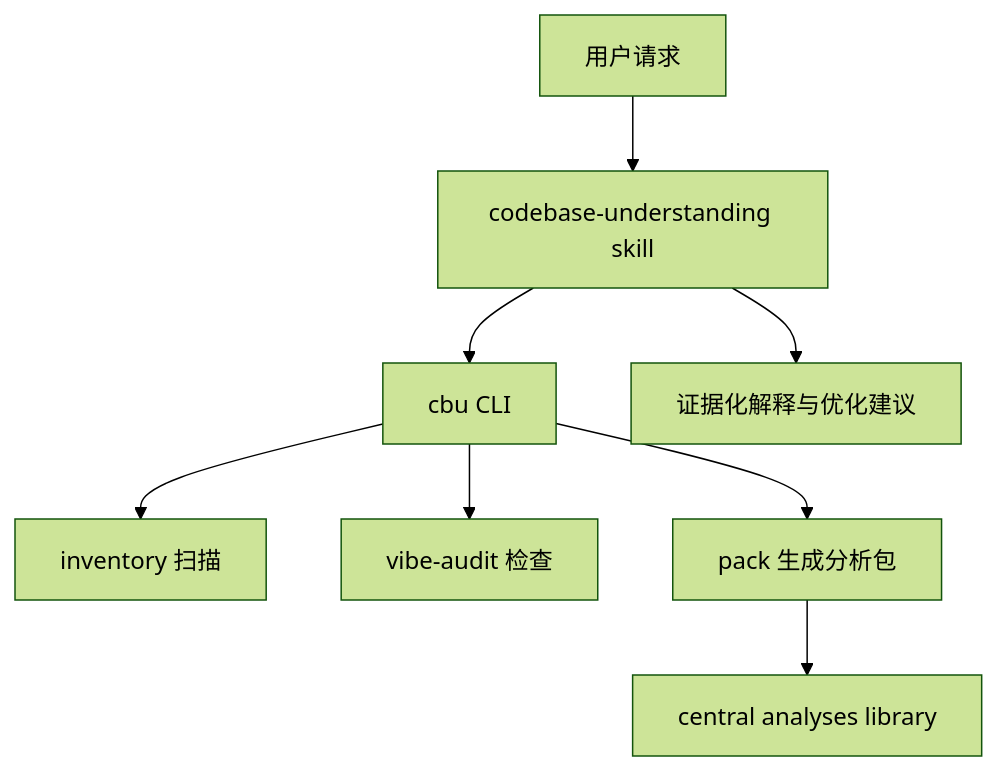
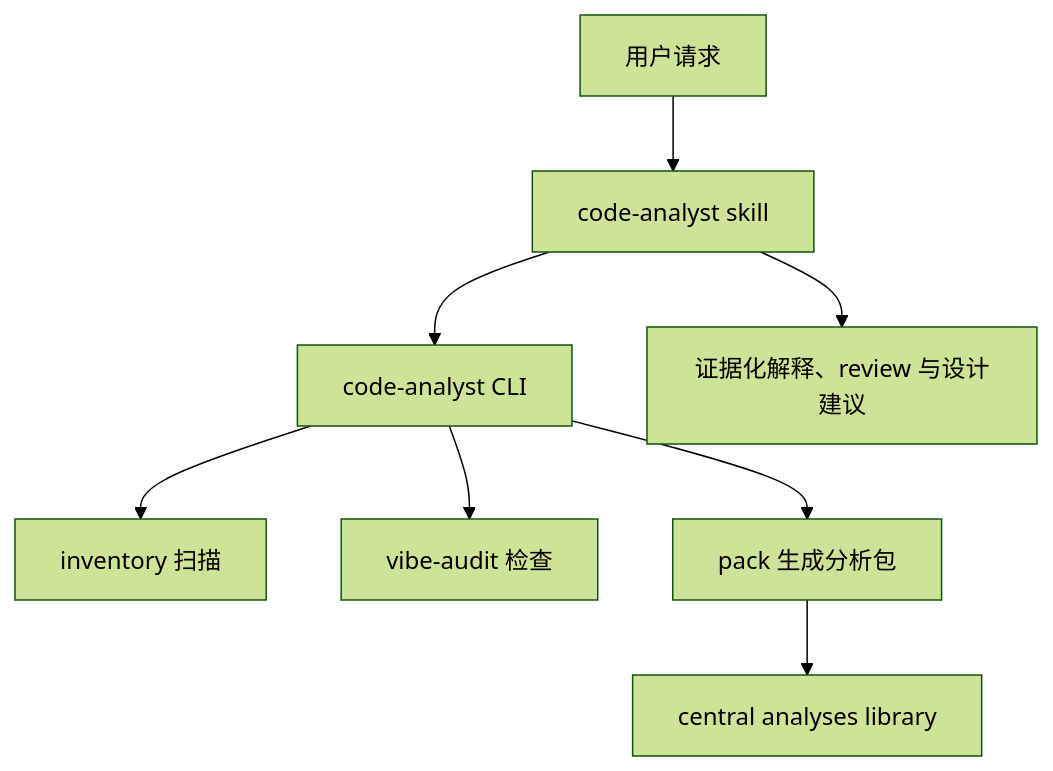
Before and after one commit to hongzhiyin/CodeAnalyst: the first of 2 diagrams in docs/ARCHITECTURE.md, drawn with Mermaid (forest theme). The commit also changed other lines of this file and 53 other files, not shown here.

Commit message:
Complete CodeAnalyst naming migration

````diff
--- a/docs/ARCHITECTURE.md
+++ b/docs/ARCHITECTURE.md
@@ -45,10 +57,10 @@
 ```mermaid
 flowchart TD
-  User[用户请求] --> Skill[codebase-understanding skill]
-  Skill --> CLI[cbu CLI]
+  User[用户请求] --> Skill[code-analyst skill]
+  Skill --> CLI[code-analyst CLI]
   CLI --> Inventory[inventory 扫描]
   CLI --> Audit[vibe-audit 检查]
   CLI --> Pack[pack 生成分析包]
   Pack --> Library[central analyses library]
-  Skill --> Explain[证据化解释与优化建议]
+  Skill --> Explain[证据化解释、review 与设计建议]
 ```
````
